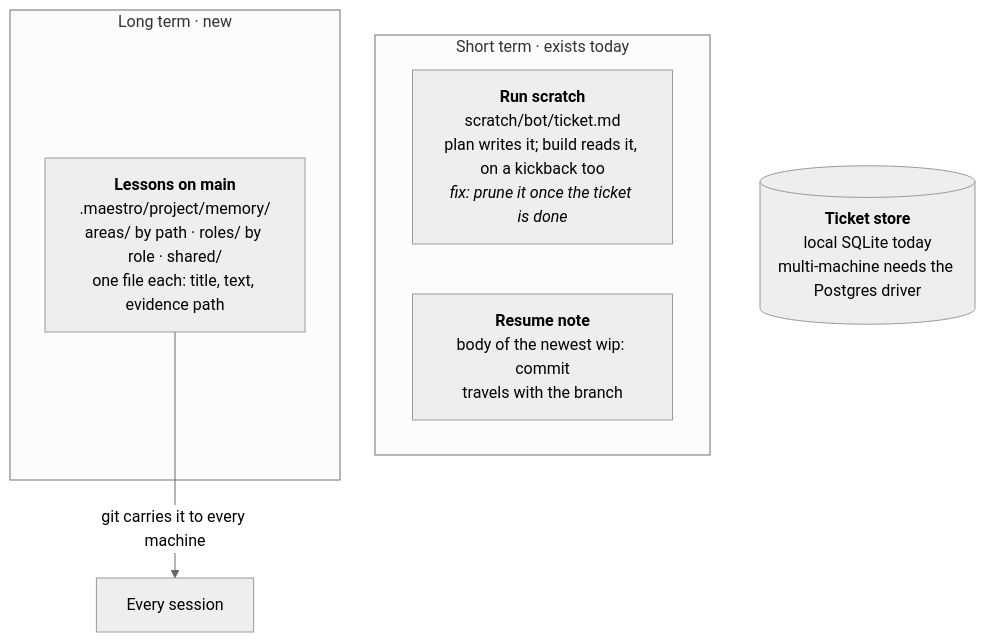
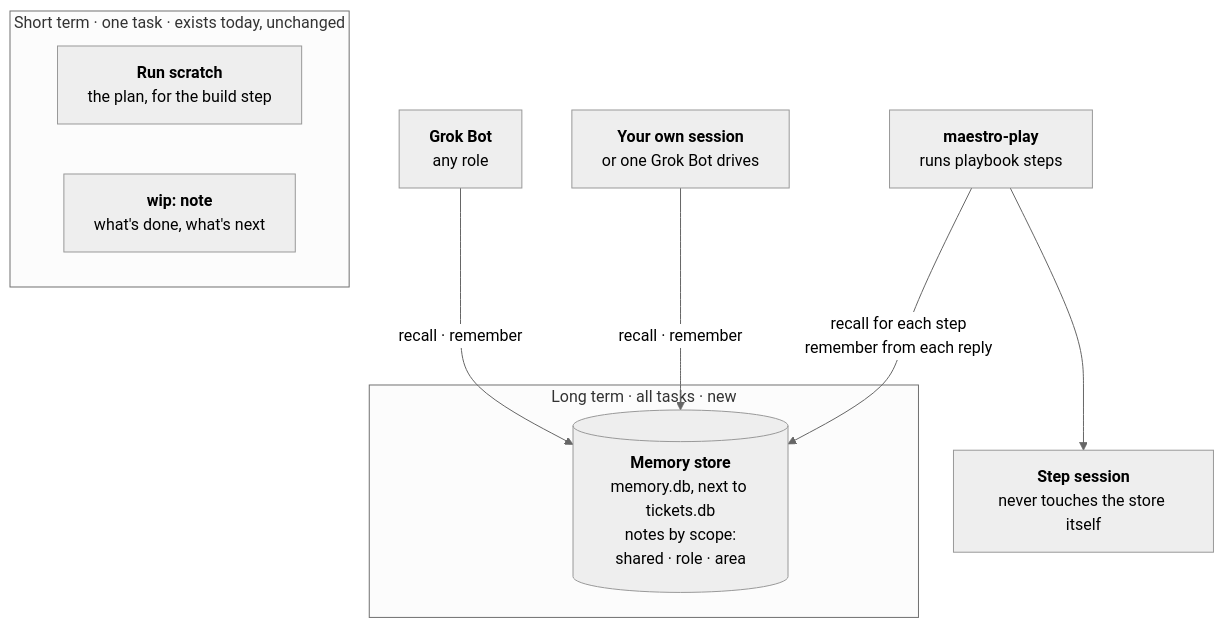
The first of 5 diagrams in docs/design/memory.md (ProlesDei/maestro), drawn with Mermaid (neutral theme) before and after one commit. The commit also changed other lines of this file and 1 other file, not shown here.

First line of the commit message:
Park the bot memory design as docs/design/memory.md v5

````diff
--- a/docs/design/memory.md
+++ b/docs/design/memory.md
@@ -7,12 +28,14 @@
 ```mermaid
 flowchart TD
-    subgraph Short["Short term · exists today"]
-        S["<b>Run scratch</b><br/>scratch/bot/ticket.md<br/>plan writes it; build reads it, on a kickback too<br/><i>fix: prune it once the ticket is done</i>"]
-        W["<b>Resume note</b><br/>body of the newest wip: commit<br/>travels with the branch"]
+    subgraph Short["Short term · one task · exists today, unchanged"]
+        S["<b>Run scratch</b><br/>the plan, for the build step"]
+        W["<b>wip: note</b><br/>what's done, what's next"]
     end
-    subgraph Long["Long term · new"]
-        L["<b>Lessons on main</b><br/>.maestro/project/memory/<br/>areas/ by path · roles/ by role · shared/<br/>one file each: title, text, evidence path"]
+    subgraph Long["Long term · all tasks · new"]
+        DB[("<b>Memory store</b><br/>memory.db, next to tickets.db<br/>notes by scope:<br/>shared · role · area")]
     end
-    T[("<b>Ticket store</b><br/>local SQLite today<br/>multi-machine needs the Postgres driver")]
-    L -->|"git carries it to every machine"| M["Every session"]
+    G["<b>Grok Bot</b><br/>any role"] -->|"recall · remember"| DB
+    O["<b>Your own session</b><br/>or one Grok Bot drives"] -->|"recall · remember"| DB
+    P["<b>maestro-play</b><br/>runs playbook steps"] -->|"recall for each step<br/>remember from each reply"| DB
+    P --> ST["<b>Step session</b><br/>never touches the store itself"]
 ```
````
